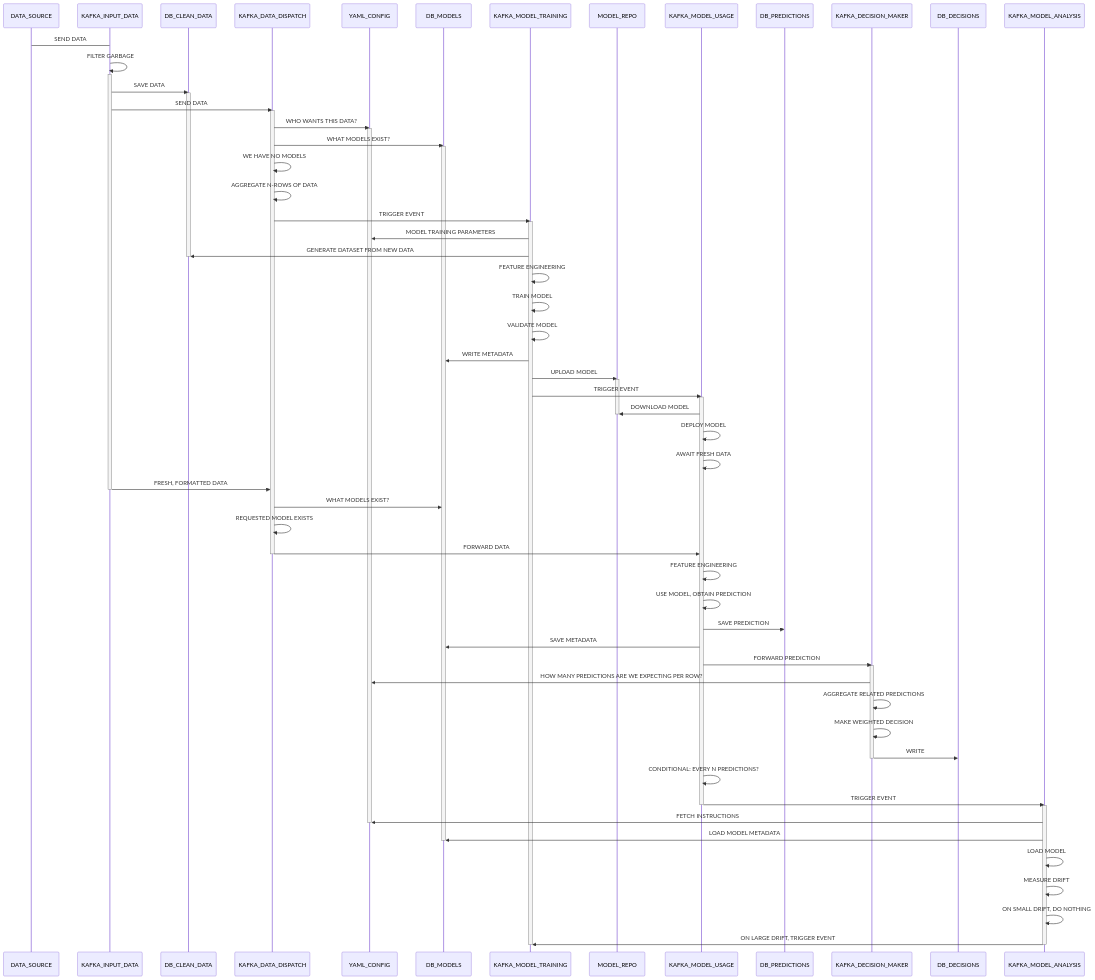
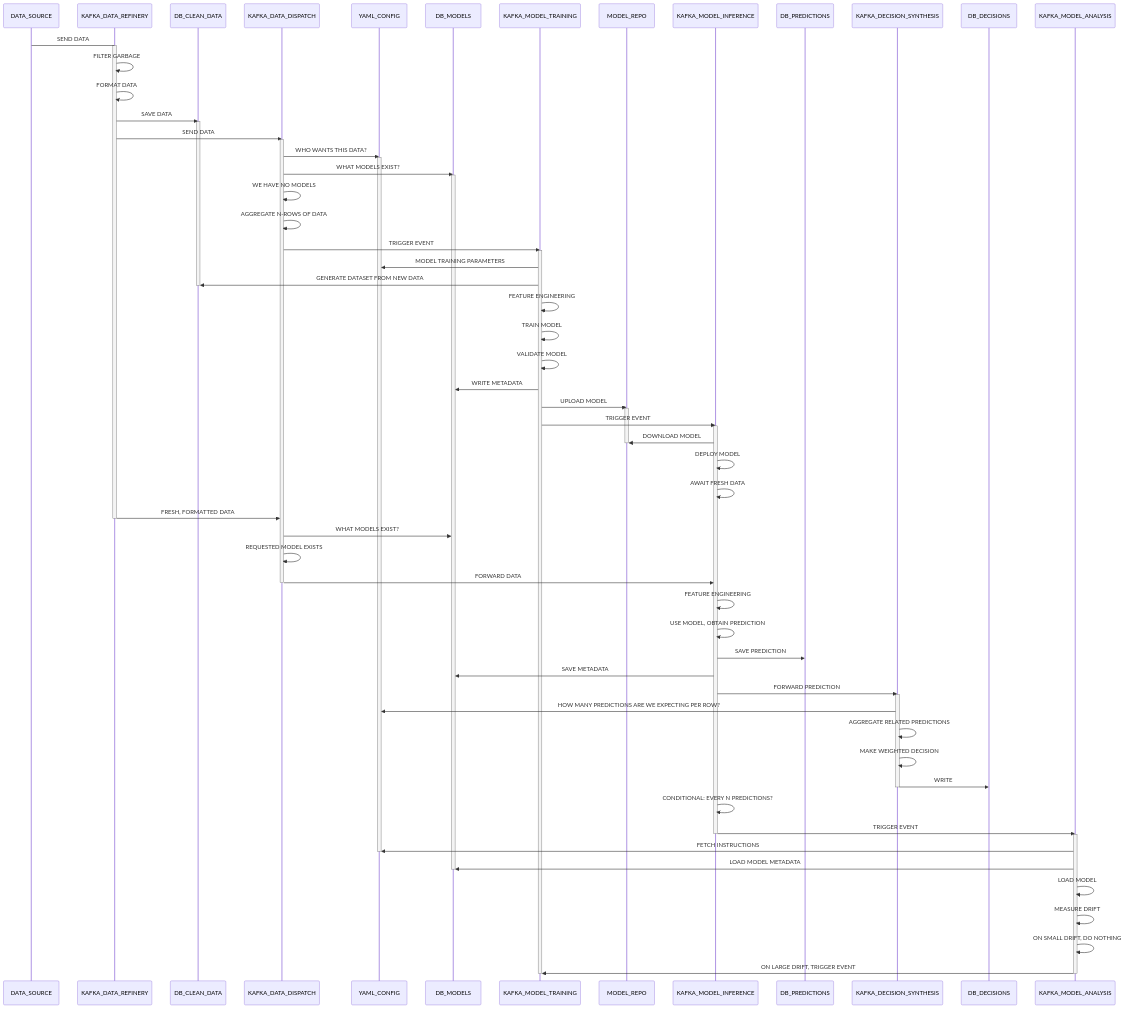
Before and after one commit to wickstjo/arcada_pipelines: the diagram in docs/sequence_diagram.md, drawn with Mermaid. The commit also changed 22 other files, not shown here.

````diff
--- a/docs/sequence_diagram.md
+++ b/docs/sequence_diagram.md
@@ -1,74 +1,75 @@
 ```mermaid
 sequenceDiagram
-    DATA_SOURCE -> KAFKA_INPUT_DATA: SEND DATA
+    DATA_SOURCE -> KAFKA_DATA_REFINERY: SEND DATA
 
-    KAFKA_INPUT_DATA ->> KAFKA_INPUT_DATA: FILTER GARBAGE
-    activate KAFKA_INPUT_DATA
-    KAFKA_INPUT_DATA ->> DB_CLEAN_DATA: SAVE DATA
+    activate KAFKA_DATA_REFINERY
+    KAFKA_DATA_REFINERY ->> KAFKA_DATA_REFINERY: FILTER GARBAGE
+    KAFKA_DATA_REFINERY ->> KAFKA_DATA_REFINERY: FORMAT DATA
+    KAFKA_DATA_REFINERY ->> DB_CLEAN_DATA: SAVE DATA
     activate DB_CLEAN_DATA
-    KAFKA_INPUT_DATA ->> KAFKA_DATA_DISPATCH: SEND DATA
+    KAFKA_DATA_REFINERY ->> KAFKA_DATA_DISPATCH: SEND DATA
 
     activate KAFKA_DATA_DISPATCH
     KAFKA_DATA_DISPATCH ->> YAML_CONFIG: WHO WANTS THIS DATA?
     activate YAML_CONFIG
     KAFKA_DATA_DISPATCH ->> DB_MODELS: WHAT MODELS EXIST?
     activate DB_MODELS
     KAFKA_DATA_DISPATCH ->> KAFKA_DATA_DISPATCH: WE HAVE NO MODELS
     KAFKA_DATA_DISPATCH ->> KAFKA_DATA_DISPATCH: AGGREGATE N-ROWS OF DATA
     KAFKA_DATA_DISPATCH ->> KAFKA_MODEL_TRAINING: TRIGGER EVENT
 
     activate KAFKA_MODEL_TRAINING
     KAFKA_MODEL_TRAINING ->> YAML_CONFIG: MODEL TRAINING PARAMETERS
     KAFKA_MODEL_TRAINING ->> DB_CLEAN_DATA: GENERATE DATASET FROM NEW DATA
     deactivate DB_CLEAN_DATA
     KAFKA_MODEL_TRAINING ->> KAFKA_MODEL_TRAINING: FEATURE ENGINEERING
     KAFKA_MODEL_TRAINING ->> KAFKA_MODEL_TRAINING: TRAIN MODEL
     KAFKA_MODEL_TRAINING ->> KAFKA_MODEL_TRAINING: VALIDATE MODEL
     KAFKA_MODEL_TRAINING ->> DB_MODELS: WRITE METADATA
     KAFKA_MODEL_TRAINING ->> MODEL_REPO: UPLOAD MODEL
     activate MODEL_REPO
-    KAFKA_MODEL_TRAINING ->> KAFKA_MODEL_USAGE: TRIGGER EVENT
+    KAFKA_MODEL_TRAINING ->> KAFKA_MODEL_INFERENCE: TRIGGER EVENT
 
-    activate KAFKA_MODEL_USAGE
-    KAFKA_MODEL_USAGE ->> MODEL_REPO: DOWNLOAD MODEL
+    activate KAFKA_MODEL_INFERENCE
+    KAFKA_MODEL_INFERENCE ->> MODEL_REPO: DOWNLOAD MODEL
     deactivate MODEL_REPO
-    KAFKA_MODEL_USAGE ->> KAFKA_MODEL_USAGE: DEPLOY MODEL
-    KAFKA_MODEL_USAGE ->> KAFKA_MODEL_USAGE: AWAIT FRESH DATA
+    KAFKA_MODEL_INFERENCE ->> KAFKA_MODEL_INFERENCE: DEPLOY MODEL
+    KAFKA_MODEL_INFERENCE ->> KAFKA_MODEL_INFERENCE: AWAIT FRESH DATA
 
-    KAFKA_INPUT_DATA ->> KAFKA_DATA_DISPATCH: FRESH, FORMATTED DATA
-    deactivate KAFKA_INPUT_DATA
+    KAFKA_DATA_REFINERY ->> KAFKA_DATA_DISPATCH: FRESH, FORMATTED DATA
+    deactivate KAFKA_DATA_REFINERY
     KAFKA_DATA_DISPATCH ->> DB_MODELS: WHAT MODELS EXIST?
     KAFKA_DATA_DISPATCH ->> KAFKA_DATA_DISPATCH: REQUESTED MODEL EXISTS
-    KAFKA_DATA_DISPATCH ->> KAFKA_MODEL_USAGE: FORWARD DATA
+    KAFKA_DATA_DISPATCH ->> KAFKA_MODEL_INFERENCE: FORWARD DATA
     deactivate KAFKA_DATA_DISPATCH
 
-    KAFKA_MODEL_USAGE ->> KAFKA_MODEL_USAGE: FEATURE ENGINEERING
-    KAFKA_MODEL_USAGE ->> KAFKA_MODEL_USAGE: USE MODEL, OBTAIN PREDICTION
-    KAFKA_MODEL_USAGE ->> DB_PREDICTIONS: SAVE PREDICTION
-    KAFKA_MODEL_USAGE ->> DB_MODELS: SAVE METADATA
+    KAFKA_MODEL_INFERENCE ->> KAFKA_MODEL_INFERENCE: FEATURE ENGINEERING
+    KAFKA_MODEL_INFERENCE ->> KAFKA_MODEL_INFERENCE: USE MODEL, OBTAIN PREDICTION
+    KAFKA_MODEL_INFERENCE ->> DB_PREDICTIONS: SAVE PREDICTION
+    KAFKA_MODEL_INFERENCE ->> DB_MODELS: SAVE METADATA
 
-    KAFKA_MODEL_USAGE ->> KAFKA_DECISION_MAKER: FORWARD PREDICTION
+    KAFKA_MODEL_INFERENCE ->> KAFKA_DECISION_SYNTHESIS: FORWARD PREDICTION
 
-    activate KAFKA_DECISION_MAKER
-    KAFKA_DECISION_MAKER ->> YAML_CONFIG: HOW MANY PREDICTIONS ARE WE EXPECTING PER ROW?
-    KAFKA_DECISION_MAKER ->> KAFKA_DECISION_MAKER: AGGREGATE RELATED PREDICTIONS
-    KAFKA_DECISION_MAKER ->> KAFKA_DECISION_MAKER: MAKE WEIGHTED DECISION
-    KAFKA_DECISION_MAKER ->> DB_DECISIONS: WRITE
-    deactivate KAFKA_DECISION_MAKER
+    activate KAFKA_DECISION_SYNTHESIS
+    KAFKA_DECISION_SYNTHESIS ->> YAML_CONFIG: HOW MANY PREDICTIONS ARE WE EXPECTING PER ROW?
+    KAFKA_DECISION_SYNTHESIS ->> KAFKA_DECISION_SYNTHESIS: AGGREGATE RELATED PREDICTIONS
+    KAFKA_DECISION_SYNTHESIS ->> KAFKA_DECISION_SYNTHESIS: MAKE WEIGHTED DECISION
+    KAFKA_DECISION_SYNTHESIS ->> DB_DECISIONS: WRITE
+    deactivate KAFKA_DECISION_SYNTHESIS
 
-    KAFKA_MODEL_USAGE ->> KAFKA_MODEL_USAGE: CONDITIONAL: EVERY N PREDICTIONS?
-    KAFKA_MODEL_USAGE ->> KAFKA_MODEL_ANALYSIS: TRIGGER EVENT
-    deactivate KAFKA_MODEL_USAGE
+    KAFKA_MODEL_INFERENCE ->> KAFKA_MODEL_INFERENCE: CONDITIONAL: EVERY N PREDICTIONS?
+    KAFKA_MODEL_INFERENCE ->> KAFKA_MODEL_ANALYSIS: TRIGGER EVENT
+    deactivate KAFKA_MODEL_INFERENCE
 
     activate KAFKA_MODEL_ANALYSIS
     KAFKA_MODEL_ANALYSIS ->> YAML_CONFIG: FETCH INSTRUCTIONS
     deactivate YAML_CONFIG
     KAFKA_MODEL_ANALYSIS ->> DB_MODELS: LOAD MODEL METADATA
     deactivate DB_MODELS
     KAFKA_MODEL_ANALYSIS ->> KAFKA_MODEL_ANALYSIS: LOAD MODEL
     KAFKA_MODEL_ANALYSIS ->> KAFKA_MODEL_ANALYSIS: MEASURE DRIFT
     KAFKA_MODEL_ANALYSIS ->> KAFKA_MODEL_ANALYSIS: ON SMALL DRIFT, DO NOTHING
     KAFKA_MODEL_ANALYSIS ->> KAFKA_MODEL_TRAINING: ON LARGE DRIFT, TRIGGER EVENT
     deactivate KAFKA_MODEL_ANALYSIS
     deactivate KAFKA_MODEL_TRAINING
 ```
````
